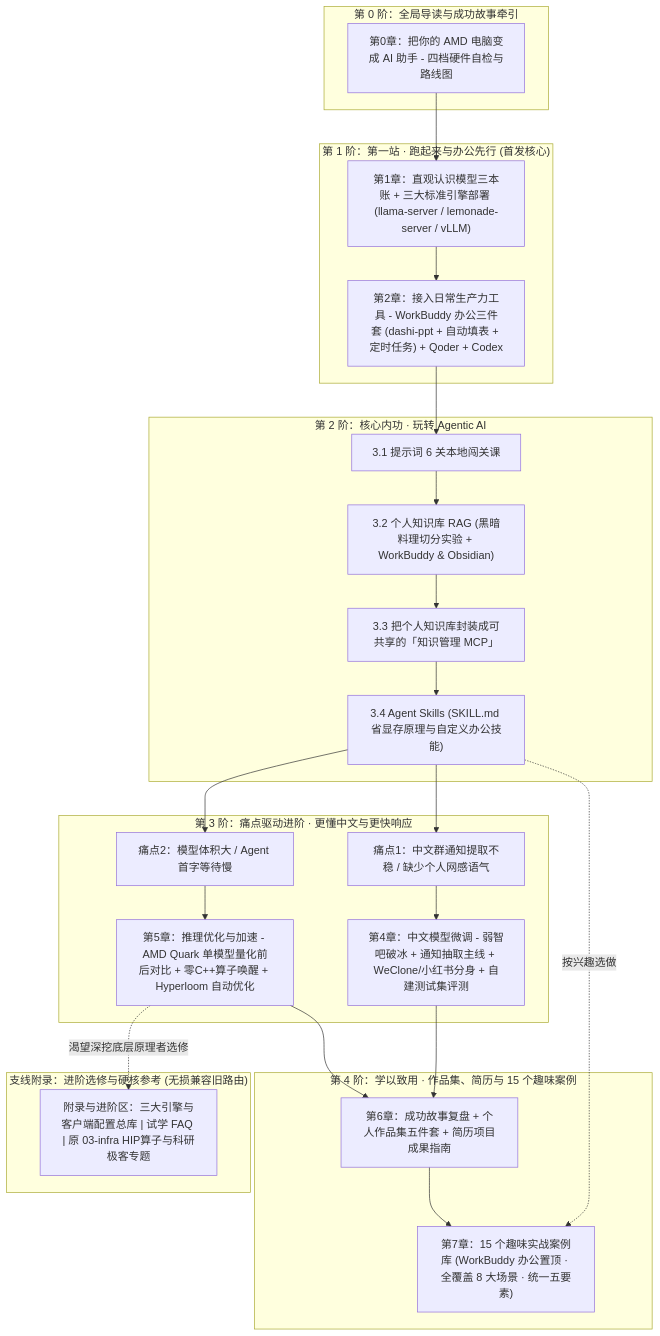
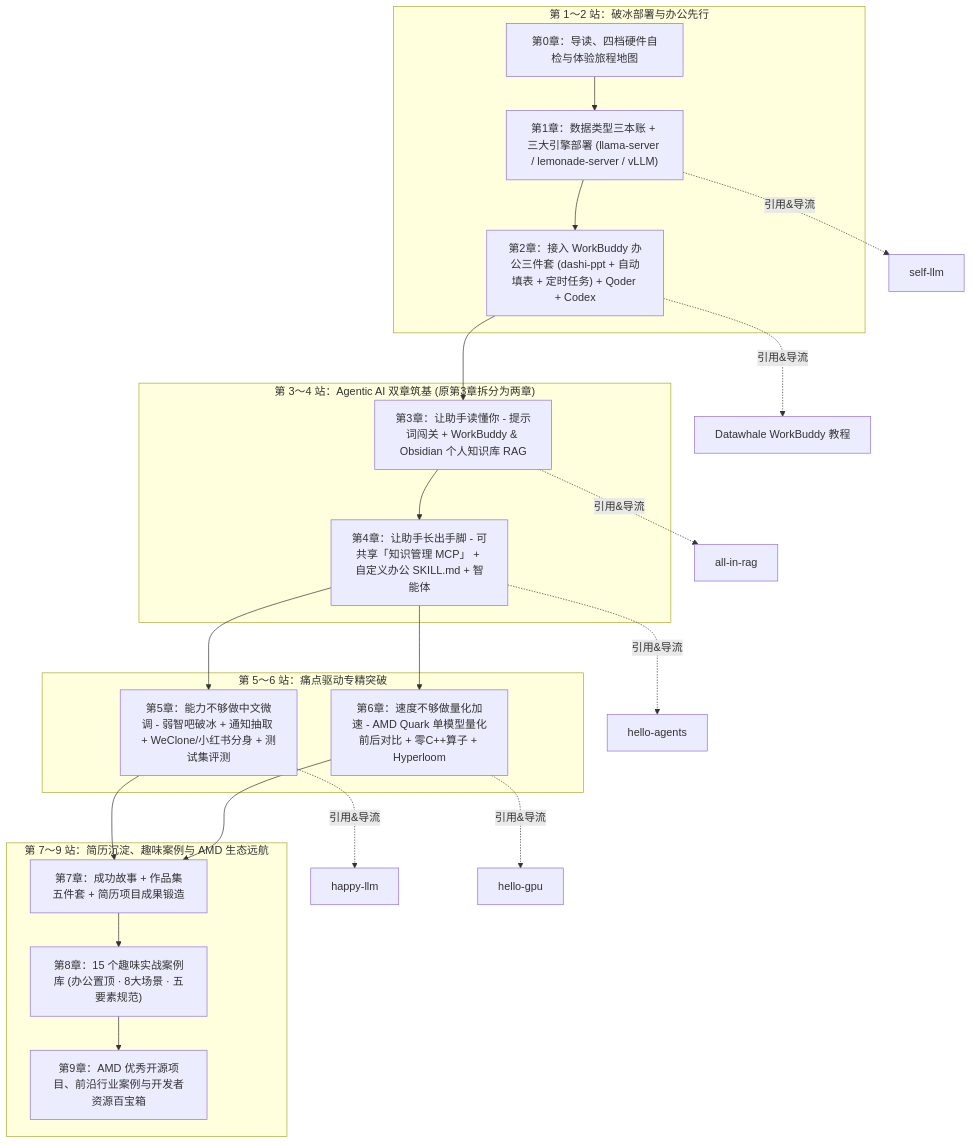
The diagram in docs/course-refactor/DESIGN_course-refactor.md (datawhalechina/hello-rocm), drawn with Mermaid before and after one commit. The commit also changed other lines of this file and 4 other files, not shown here.

````diff
--- a/docs/course-refactor/DESIGN_course-refactor.md
+++ b/docs/course-refactor/DESIGN_course-refactor.md
@@ -48,48 +11,40 @@
 ```mermaid
 flowchart TD
-    subgraph L0["第 0 阶：全局导读与成功故事牵引"]
-        C0["第0章：把你的 AMD 电脑变成 AI 助手 - 四档硬件自检与路线图"]
+    subgraph J1["第 1～2 站：破冰部署与办公先行"]
+        C0["第0章：导读、四档硬件自检与体验旅程地图"]
+        C1["第1章：数据类型三本账 + 三大引擎部署 (llama-server / lemonade-server / vLLM)"]
+        C2["第2章：接入 WorkBuddy 办公三件套 (dashi-ppt + 自动填表 + 定时任务) + Qoder + Codex"]
+        C0 --> C1 --> C2
     end
 
-    subgraph L1["第 1 阶：第一站 · 跑起来与办公先行 (首发核心)"]
-        C1["第1章：直观认识模型三本账 + 三大标准引擎部署 (llama-server / lemonade-server / vLLM)"]
-        C2["第2章：接入日常生产力工具 - WorkBuddy 办公三件套 (dashi-ppt + 自动填表 + 定时任务) + Qoder + Codex"]
-        C1 --> C2
+    subgraph J2["第 3～4 站：Agentic AI 双章筑基 (原第3章拆分为两章)"]
+        C3["第3章：让助手读懂你 - 提示词闯关 + WorkBuddy & Obsidian 个人知识库 RAG"]
+        C4["第4章：让助手长出手脚 - 可共享「知识管理 MCP」 + 自定义办公 SKILL.md + 智能体"]
+        C3 --> C4
     end
 
-    subgraph L2["第 2 阶：核心内功 · 玩转 Agentic AI"]
-        C3_1["3.1 提示词 6 关本地闯关课"]
-        C3_2["3.2 个人知识库 RAG (黑暗料理切分实验 + WorkBuddy & Obsidian)"]
-        C3_3["3.3 把个人知识库封装成可共享的「知识管理 MCP」"]
-        C3_4["3.4 Agent Skills (SKILL.md 省显存原理与自定义办公技能)"]
-        C3_1 --> C3_2 --> C3_3 --> C3_4
+    subgraph J3["第 5～6 站：痛点驱动专精突破"]
+        C5["第5章：能力不够做中文微调 - 弱智吧破冰 + 通知抽取 + WeClone/小红书分身 + 测试集评测"]
+        C6["第6章：速度不够做量化加速 - AMD Quark 单模型量化前后对比 + 零C++算子 + Hyperloom"]
     end
 
-    subgraph L3["第 3 阶：痛点驱动进阶 · 更懂中文与更快响应"]
-        P1["痛点1：中文群通知提取不稳 / 缺少个人网感语气"]
-        C4["第4章：中文模型微调 - 弱智吧破冰 + 通知抽取主线 + WeClone/小红书分身 + 自建测试集评测"]
-        P2["痛点2：模型体积大 / Agent 首字等待慢"]
-        C5["第5章：推理优化与加速 - AMD Quark 单模型量化前后对比 + 零C++算子唤醒 + Hyperloom 自动优化"]
-        P1 --> C4
-        P2 --> C5
+    subgraph J4["第 7～9 站：简历沉淀、趣味案例与 AMD 生态远航"]
+        C7["第7章：成功故事 + 作品集五件套 + 简历项目成果锻造"]
+        C8["第8章：15 个趣味实战案例库 (办公置顶 · 8大场景 · 五要素规范)"]
+        C9["第9章：AMD 优秀开源项目、前沿行业案例与开发者资源百宝箱"]
+        C7 --> C8 --> C9
     end
 
-    subgraph L4["第 4 阶：学以致用 · 作品集、简历与 15 个趣味案例"]
-        C6["第6章：成功故事复盘 + 个人作品集五件套 + 简历项目成果指南"]
-        C7["第7章：15 个趣味实战案例库 (WorkBuddy 办公置顶 · 全覆盖 8 大场景 · 统一五要素)"]
-    end
+    C2 --> C3
+    C4 --> C5
+    C4 --> C6
+    C5 --> C7
+    C6 --> C7
 
-    subgraph L5["支线附录：进阶选修与硬核参考 (无损兼容旧路由)"]
-        APP["附录与进阶区：三大引擎与客户端配置总库 | 试学 FAQ | 原 03-infra HIP算子与科研极客专题"]
-    end
-
-    C0 --> C1
-    C2 --> C3_1
-    C3_4 --> P1
-    C3_4 --> P2
-    C4 --> C6
-    C5 --> C6
-    C3_4 -.->|"按兴趣选做"| C7
-    C6 --> C7
-    C5 -.->|"渴望深挖底层原理者选修"| APP
+    C1 -.->|"引用&导流"| EXT1["self-llm"]
+    C2 -.->|"引用&导流"| EXT2["Datawhale WorkBuddy 教程"]
+    C3 -.->|"引用&导流"| EXT3["all-in-rag"]
+    C4 -.->|"引用&导流"| EXT4["hello-agents"]
+    C5 -.->|"引用&导流"| EXT5["happy-llm"]
+    C6 -.->|"引用&导流"| EXT6["hello-gpu"]
 ```
````
